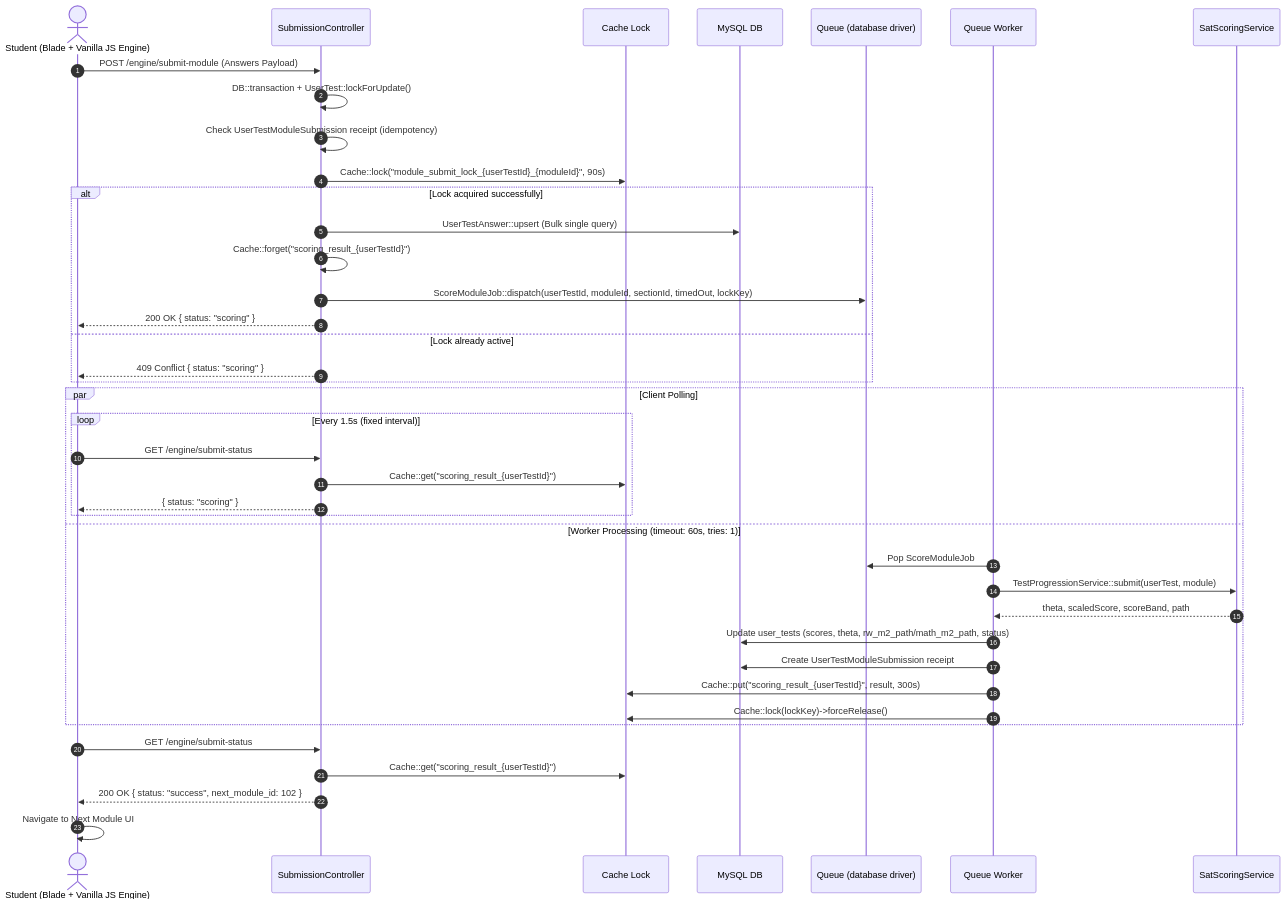
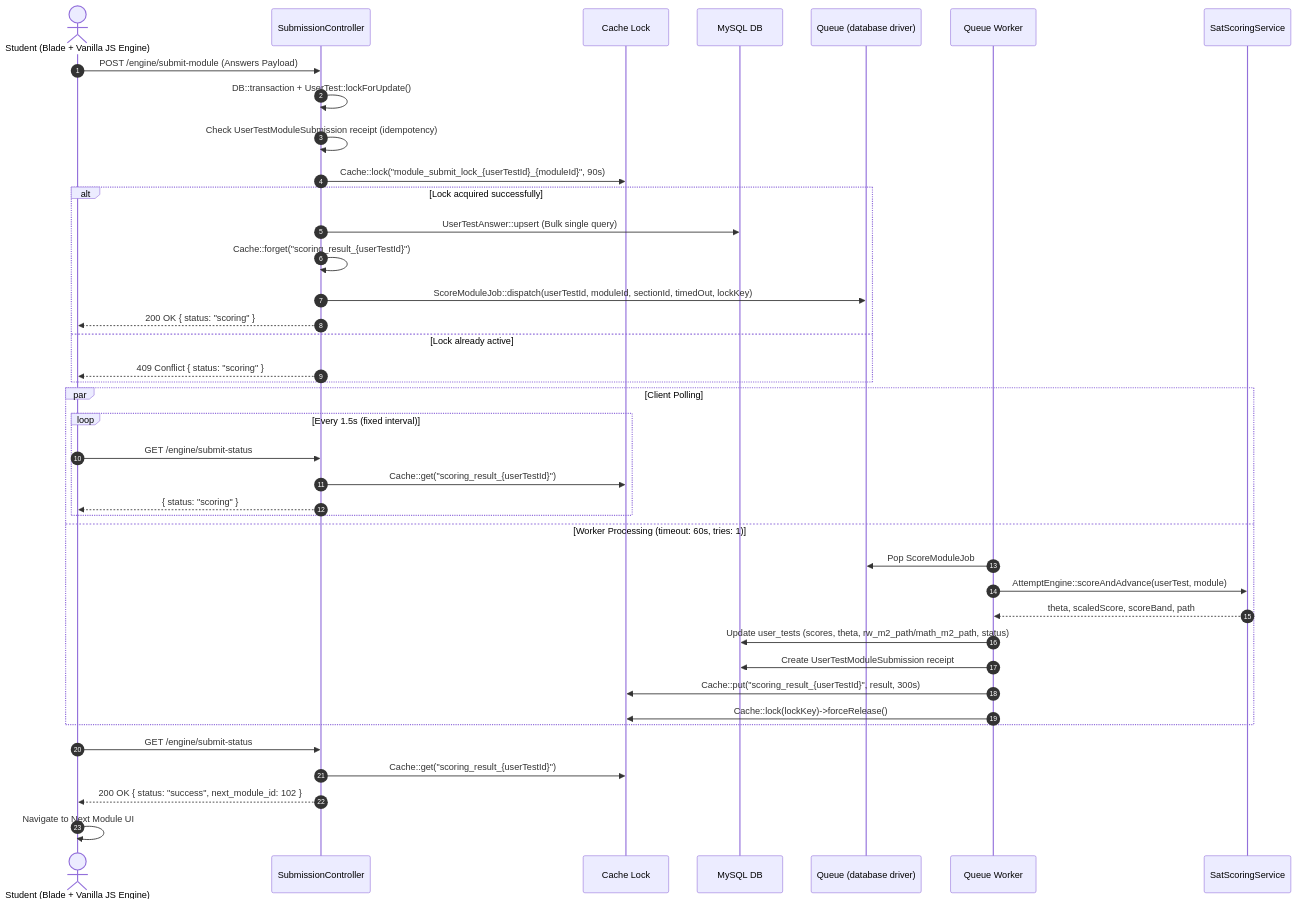
Before and after one commit to rhy911/digital-sat: the third of 5 diagrams in docs/system-architecture-and-roadmap.md, drawn with Mermaid. The commit also changed 26 other files, not shown here.

First line of the commit message:
refactor(architecture): consolidate middle-man services into deep domain modules

````diff
--- a/docs/system-architecture-and-roadmap.md
+++ b/docs/system-architecture-and-roadmap.md
@@ -251,45 +251,45 @@
 ```mermaid
 sequenceDiagram
     autonumber
     actor Student as Student (Blade + Vanilla JS Engine)
     participant Controller as SubmissionController
     participant Lock as Cache Lock
     participant DB as MySQL DB
     participant Queue as Queue (database driver)
     participant Worker as Queue Worker
     participant Scoring as SatScoringService
 
     Student->>Controller: POST /engine/submit-module (Answers Payload)
     Controller->>Controller: DB::transaction + UserTest::lockForUpdate()
     Controller->>Controller: Check UserTestModuleSubmission receipt (idempotency)
     Controller->>Lock: Cache::lock("module_submit_lock_{userTestId}_{moduleId}", 90s)
     alt Lock acquired successfully
         Controller->>DB: UserTestAnswer::upsert (Bulk single query)
         Controller->>Controller: Cache::forget("scoring_result_{userTestId}")
         Controller->>Queue: ScoreModuleJob::dispatch(userTestId, moduleId, sectionId, timedOut, lockKey)
         Controller-->>Student: 200 OK { status: "scoring" }
     else Lock already active
         Controller-->>Student: 409 Conflict { status: "scoring" }
     end
 
     par Client Polling
         loop Every 1.5s (fixed interval)
             Student->>Controller: GET /engine/submit-status
             Controller->>Lock: Cache::get("scoring_result_{userTestId}")
             Controller-->>Student: { status: "scoring" }
         end
     and Worker Processing (timeout: 60s, tries: 1)
         Worker->>Queue: Pop ScoreModuleJob
-        Worker->>Scoring: TestProgressionService::submit(userTest, module)
+        Worker->>Scoring: AttemptEngine::scoreAndAdvance(userTest, module)
         Scoring-->>Worker: theta, scaledScore, scoreBand, path
         Worker->>DB: Update user_tests (scores, theta, rw_m2_path/math_m2_path, status)
         Worker->>DB: Create UserTestModuleSubmission receipt
         Worker->>Lock: Cache::put("scoring_result_{userTestId}", result, 300s)
         Worker->>Lock: Cache::lock(lockKey)->forceRelease()
     end
 
     Student->>Controller: GET /engine/submit-status
     Controller->>Lock: Cache::get("scoring_result_{userTestId}")
     Controller-->>Student: 200 OK { status: "success", next_module_id: 102 }
     Student->>Student: Navigate to Next Module UI
 ```
````
